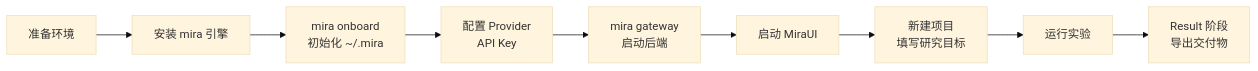
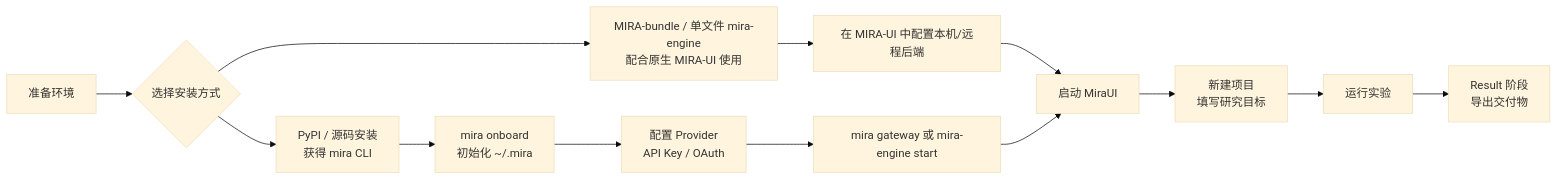
One commit to MIRA-Intelligence/mira-docs changed the diagram in docs/usage/start.md. Above: the diagram before and after it, drawn with Mermaid (base theme). The commit also changed other lines of this file and 4 other files, not shown here.

Commit message:
docs: clarify mira-engine standalone setup

````diff
--- a/docs/usage/start.md
+++ b/docs/usage/start.md
@@ -16,11 +16,15 @@
 ```mermaid
 flowchart LR
-    A[准备环境] --> B[安装 mira 引擎]
-    B --> C[mira onboard<br/>初始化 ~/.mira]
-    C --> D[配置 Provider<br/>API Key]
-    D --> E[mira gateway<br/>启动后端]
-    E --> F[启动 MiraUI]
-    F --> G[新建项目<br/>填写研究目标]
-    G --> H[运行实验]
+    A[准备环境] --> B{选择安装方式}
+    B --> C1[MIRA-bundle / 单文件 mira-engine<br/>配合原生 MIRA-UI 使用]
+    B --> C2[PyPI / 源码安装<br/>获得 mira CLI]
+    C1 --> D1[在 MIRA-UI 中配置本机/远程后端]
+    C2 --> D2[mira onboard<br/>初始化 ~/.mira]
+    D2 --> E[配置 Provider<br/>API Key / OAuth]
+    E --> S[mira gateway 或 mira-engine start]
+    D1 --> U[启动 MiraUI]
+    S --> U
+    U --> P[新建项目<br/>填写研究目标]
+    P --> H[运行实验]
     H --> I[Result 阶段<br/>导出交付物]
 ```
````
